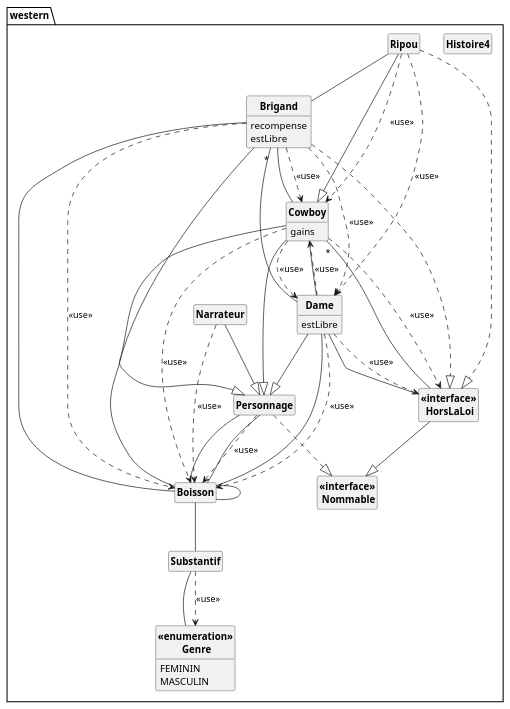
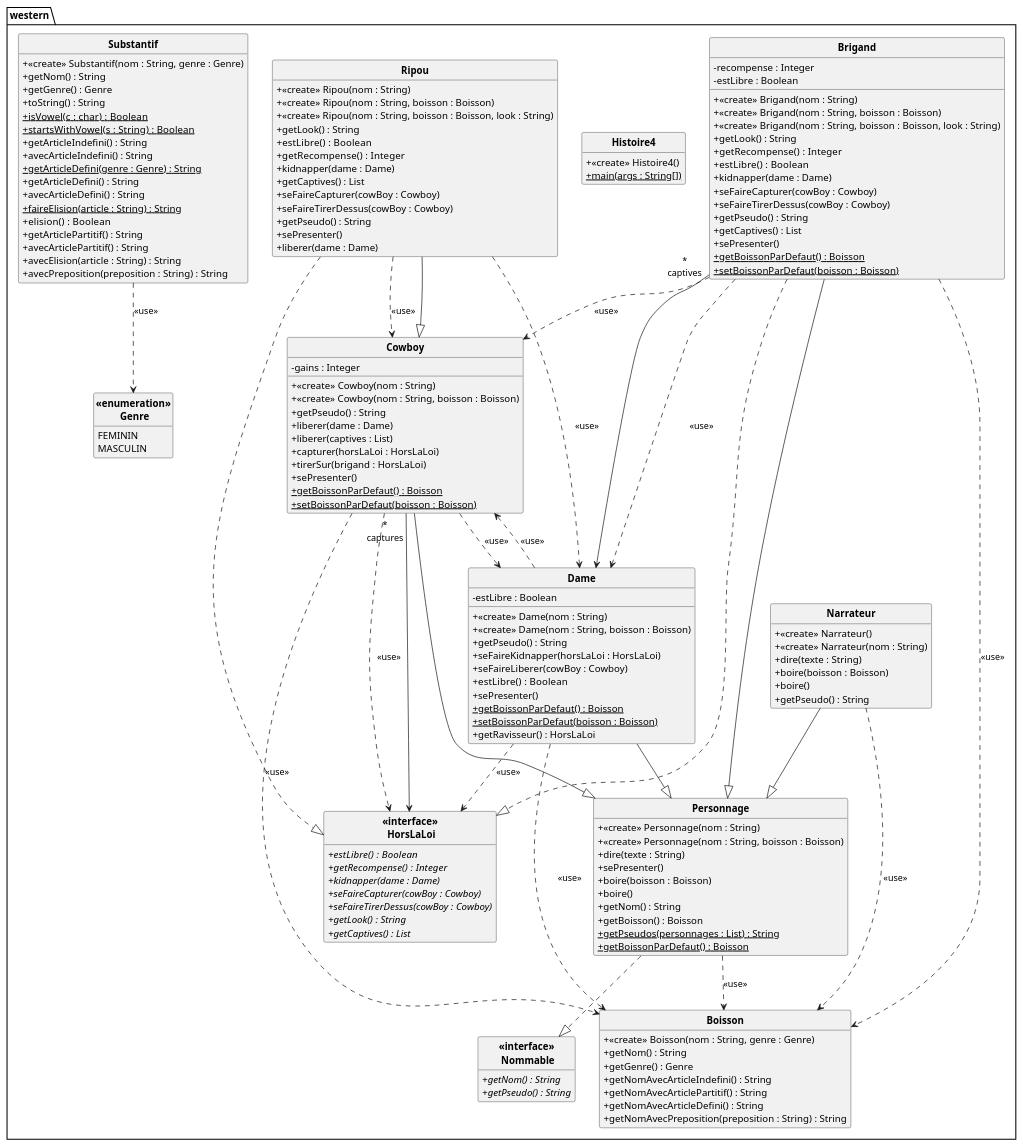
One commit to Lykomonix/API-JAVAtoPUML changed the diagram in javadoc.puml. Above: the diagram before and after it, drawn with PlantUML. The commit also changed 9 other files, not shown here.

```diff
--- a/javadoc.puml
+++ b/javadoc.puml
@@ -1,109 +1,198 @@
 @startuml
 
 skinparam style strictuml
 skinparam classAttributeIconSize 0
 skinparam classFontStyle Bold
 hide empty members
 
 Package "western" {
 class Boisson
 {
++ <<create>> Boisson(nom : String, genre : Genre) 
++ getNom() : String
++ getGenre() : Genre
++ getNomAvecArticleIndefini() : String
++ getNomAvecArticlePartitif() : String
++ getNomAvecArticleDefini() : String
++ getNomAvecPreposition(preposition : String) : String
 }
 
 class Brigand
 {
-recompense
-estLibre
+- recompense : Integer
+- estLibre : Boolean
++ <<create>> Brigand(nom : String) 
++ <<create>> Brigand(nom : String, boisson : Boisson) 
++ <<create>> Brigand(nom : String, boisson : Boisson, look : String) 
++ getLook() : String
++ getRecompense()  : Integer
++ estLibre()  : Boolean
++ kidnapper(dame : Dame) 
++ seFaireCapturer(cowBoy : Cowboy) 
++ seFaireTirerDessus(cowBoy : Cowboy) 
++ getPseudo() : String
++ getCaptives() : List
++ sePresenter() 
++ {static} getBoissonParDefaut() : Boisson
++ {static} setBoissonParDefaut(boisson : Boisson) 
 }
 
 class Cowboy
 {
-gains
+- gains : Integer
++ <<create>> Cowboy(nom : String) 
++ <<create>> Cowboy(nom : String, boisson : Boisson) 
++ getPseudo() : String
++ liberer(dame : Dame) 
++ liberer(captives : List) 
++ capturer(horsLaLoi : HorsLaLoi) 
++ tirerSur(brigand : HorsLaLoi) 
++ sePresenter() 
++ {static} getBoissonParDefaut() : Boisson
++ {static} setBoissonParDefaut(boisson : Boisson) 
 }
 
 class Dame
 {
-estLibre
+- estLibre : Boolean
++ <<create>> Dame(nom : String) 
++ <<create>> Dame(nom : String, boisson : Boisson) 
++ getPseudo() : String
++ seFaireKidnapper(horsLaLoi : HorsLaLoi) 
++ seFaireLiberer(cowBoy : Cowboy) 
++ estLibre()  : Boolean
++ sePresenter() 
++ {static} getBoissonParDefaut() : Boisson
++ {static} setBoissonParDefaut(boisson : Boisson) 
++ getRavisseur() : HorsLaLoi
 }
 
 class Histoire4
 {
++ <<create>> Histoire4() 
++ {static} main(args : String[]) 
 }
 
 class Narrateur
 {
++ <<create>> Narrateur() 
++ <<create>> Narrateur(nom : String) 
++ dire(texte : String) 
++ boire(boisson : Boisson) 
++ boire() 
++ getPseudo() : String
 }
 
 class Personnage
 {
++ <<create>> Personnage(nom : String) 
++ <<create>> Personnage(nom : String, boisson : Boisson) 
++ dire(texte : String) 
++ sePresenter() 
++ boire(boisson : Boisson) 
++ boire() 
++ getNom() : String
++ getBoisson() : Boisson
++ {static} getPseudos(personnages : List) : String
++ {static} getBoissonParDefaut() : Boisson
 }
 
 class Ripou
 {
++ <<create>> Ripou(nom : String) 
++ <<create>> Ripou(nom : String, boisson : Boisson) 
++ <<create>> Ripou(nom : String, boisson : Boisson, look : String) 
++ getLook() : String
++ estLibre()  : Boolean
++ getRecompense()  : Integer
++ kidnapper(dame : Dame) 
++ getCaptives() : List
++ seFaireCapturer(cowBoy : Cowboy) 
++ seFaireTirerDessus(cowBoy : Cowboy) 
++ getPseudo() : String
++ sePresenter() 
++ liberer(dame : Dame) 
 }
 
 class Substantif
 {
++ <<create>> Substantif(nom : String, genre : Genre) 
++ getNom() : String
++ getGenre() : Genre
++ toString() : String
++ {static} isVowel(c : char)  : Boolean
++ {static} startsWithVowel(s : String)  : Boolean
++ getArticleIndefini() : String
++ avecArticleIndefini() : String
++ {static} getArticleDefini(genre : Genre) : String
++ getArticleDefini() : String
++ avecArticleDefini() : String
++ {static} faireElision(article : String) : String
++ elision()  : Boolean
++ getArticlePartitif() : String
++ avecArticlePartitif() : String
++ avecElision(article : String) : String
++ avecPreposition(preposition : String) : String
 }
 
 class "<<interface>>\n HorsLaLoi" as HorsLaLoi
+{
++ {abstract} estLibre()  : Boolean
++ {abstract} getRecompense()  : Integer
++ {abstract} kidnapper(dame : Dame) 
++ {abstract} seFaireCapturer(cowBoy : Cowboy) 
++ {abstract} seFaireTirerDessus(cowBoy : Cowboy) 
++ {abstract} getLook() : String
++ {abstract} getCaptives() : List
+
+}
 
 class "<<interface>>\n Nommable" as Nommable
+{
++ {abstract} getNom() : String
++ {abstract} getPseudo() : String
+
+}
 
 class "<<enumeration>>\n Genre" as Genre
 {
 FEMININ
 MASCULIN
 }
 
-Boisson -- Substantif
-Boisson -- Boisson
 
 Brigand --|> Personnage
 Brigand ..|> HorsLaLoi
-Brigand "*"  -- Dame
-Brigand -- Cowboy
-Brigand -- Boisson
+Brigand " * \n captives " --> Dame
 Brigand ..> Dame : <<use>> 
 Brigand ..> Cowboy : <<use>> 
 Brigand ..> Boisson : <<use>> 
 
 Cowboy --|> Personnage
-Cowboy "*"  -- HorsLaLoi
-Cowboy -- Boisson
+Cowboy " * \n captures " --> HorsLaLoi
 Cowboy ..> Dame : <<use>> 
 Cowboy ..> HorsLaLoi : <<use>> 
 Cowboy ..> Boisson : <<use>> 
 
 Dame --|> Personnage
-Dame -- Cowboy
-Dame -- HorsLaLoi
-Dame -- Boisson
 Dame ..> HorsLaLoi : <<use>> 
 Dame ..> Cowboy : <<use>> 
 Dame ..> Boisson : <<use>> 
 
 
 Narrateur --|> Personnage
 Narrateur ..> Boisson : <<use>> 
 
 Personnage ..|> Nommable
-Personnage -- Boisson
-Personnage -- Boisson
 Personnage ..> Boisson : <<use>> 
 
 Ripou --|> Cowboy
 Ripou ..|> HorsLaLoi
-Ripou -- Brigand
 Ripou ..> Dame : <<use>> 
 Ripou ..> Cowboy : <<use>> 
 
-Substantif -- Genre
 Substantif ..> Genre : <<use>> 
-
-HorsLaLoi --|> Nommable
-
 
 }
 
 @enduml
```
